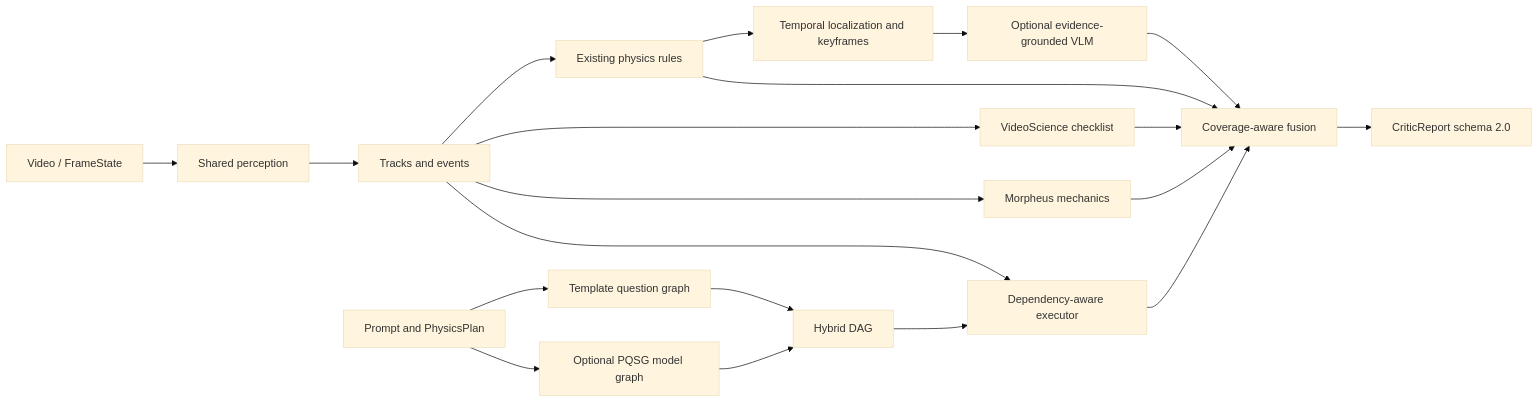
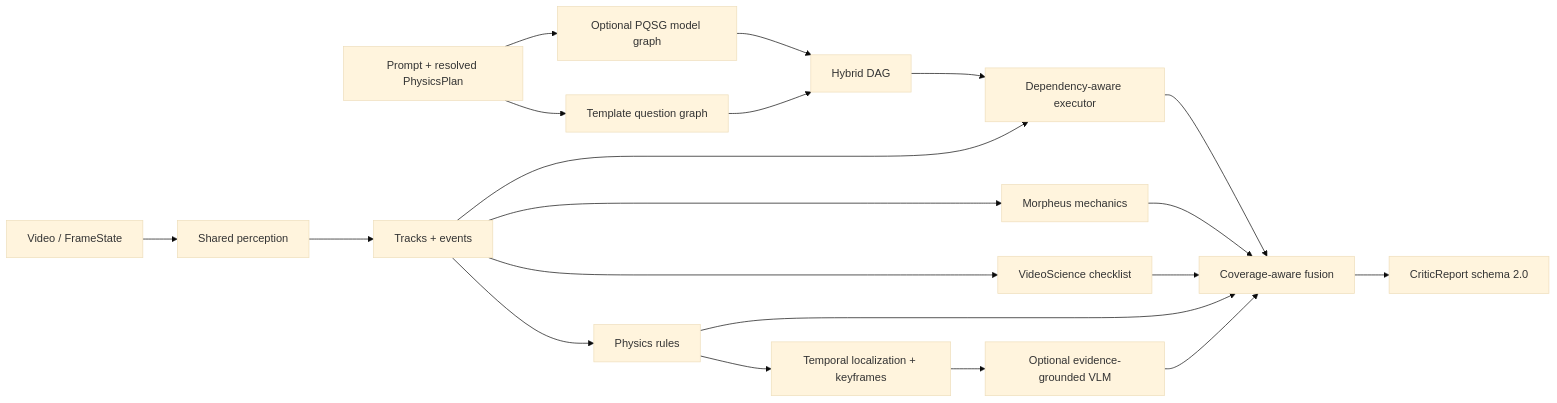
The second of 2 diagrams in README.md (hejin001018-gif/PhysGenLoop-), drawn with Mermaid (base theme) before and after one commit. The commit also changed other lines of this file and 15 other files, not shown here.

Commit message:
feat: scaffold physgenloop feedback architecture

````diff
--- a/README.md
+++ b/README.md
@@ -26,24 +49,24 @@
 ```mermaid
 flowchart LR
-    I[Video / FrameState] --> P[Shared perception]
-    P --> T[Tracks and events]
-    T --> R[Existing physics rules]
-    T --> C[VideoScience checklist]
-    T --> M[Morpheus mechanics]
-
-    Q[Prompt and PhysicsPlan] --> TG[Template question graph]
+    Q[Prompt + resolved PhysicsPlan] --> TG[Template question graph]
     Q --> PG[Optional PQSG model graph]
     TG --> HG[Hybrid DAG]
     PG --> HG
+
+    I[Video / FrameState] --> P[Shared perception]
+    P --> T[Tracks + events]
+    T --> R[Physics rules]
+    T --> C[VideoScience checklist]
+    T --> M[Morpheus mechanics]
     HG --> E[Dependency-aware executor]
     T --> E
+    R --> K[Temporal localization + keyframes]
+    K --> V[Optional evidence-grounded VLM]
 
-    R --> K[Temporal localization and keyframes]
-    K --> V[Optional evidence-grounded VLM]
     R --> F[Coverage-aware fusion]
     C --> F
     M --> F
     E --> F
     V --> F
     F --> O[CriticReport schema 2.0]
 ```
````
